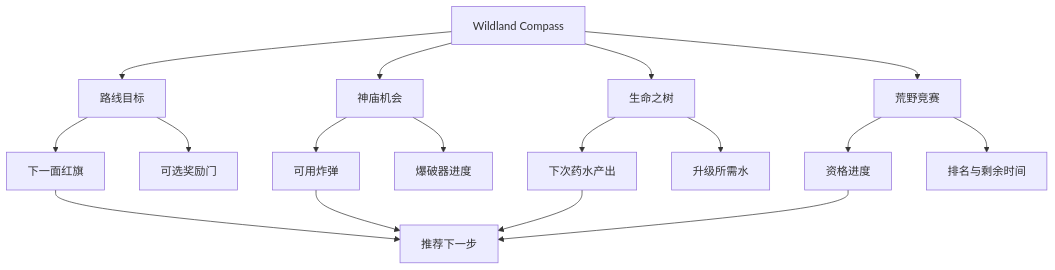
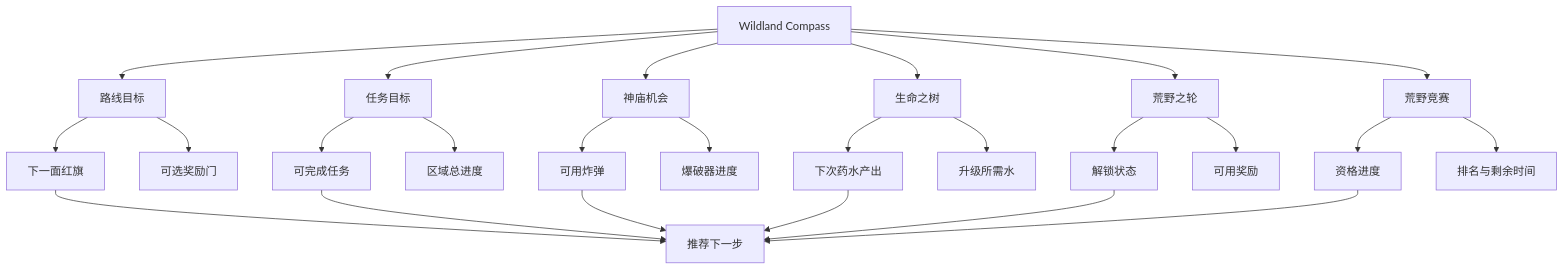
Before and after one commit to fantasticdzw/Coin-Master-Teardown: the eighth of 8 diagrams in wildland-adventure-report.md, drawn with Mermaid. The commit also changed other lines of this file and 3 other files, not shown here.

````diff
--- a/wildland-adventure-report.md
+++ b/wildland-adventure-report.md
@@ -530,19 +613,27 @@
 ```mermaid
 flowchart TD
     A[Wildland Compass] --> B[路线目标]
-    A --> C[神庙机会]
-    A --> D[生命之树]
-    A --> E[荒野竞赛]
+    A --> C[任务目标]
+    A --> D[神庙机会]
+    A --> E[生命之树]
+    A --> G[荒野之轮]
+    A --> H[荒野竞赛]
     B --> B1[下一面红旗]
     B --> B2[可选奖励门]
-    C --> C1[可用炸弹]
-    C --> C2[爆破器进度]
-    D --> D1[下次药水产出]
-    D --> D2[升级所需水]
-    E --> E1[资格进度]
-    E --> E2[排名与剩余时间]
+    C --> C1[可完成任务]
+    C --> C2[区域总进度]
+    D --> D1[可用炸弹]
+    D --> D2[爆破器进度]
+    E --> E1[下次药水产出]
+    E --> E2[升级所需水]
+    G --> G1[解锁状态]
+    G --> G2[可用奖励]
+    H --> H1[资格进度]
+    H --> H2[排名与剩余时间]
     B1 --> F[推荐下一步]
     C1 --> F
     D1 --> F
     E1 --> F
+    G1 --> F
+    H1 --> F
 ```
````
